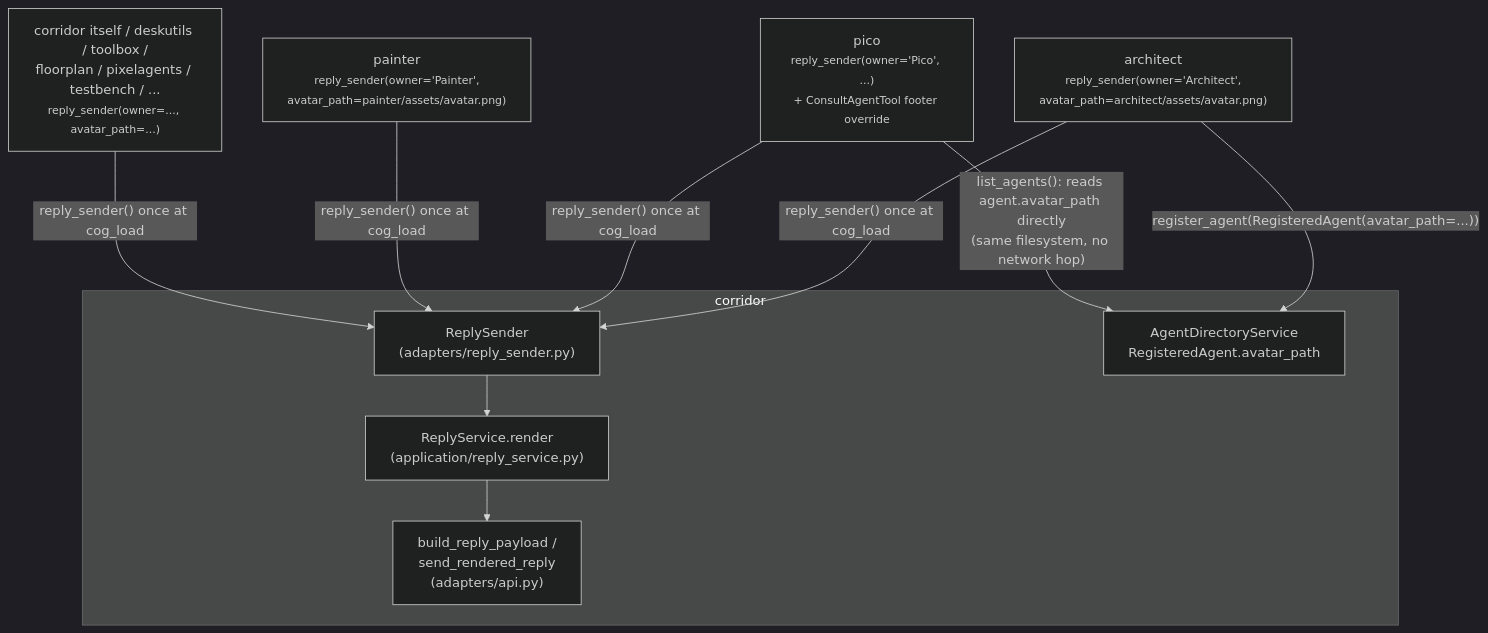
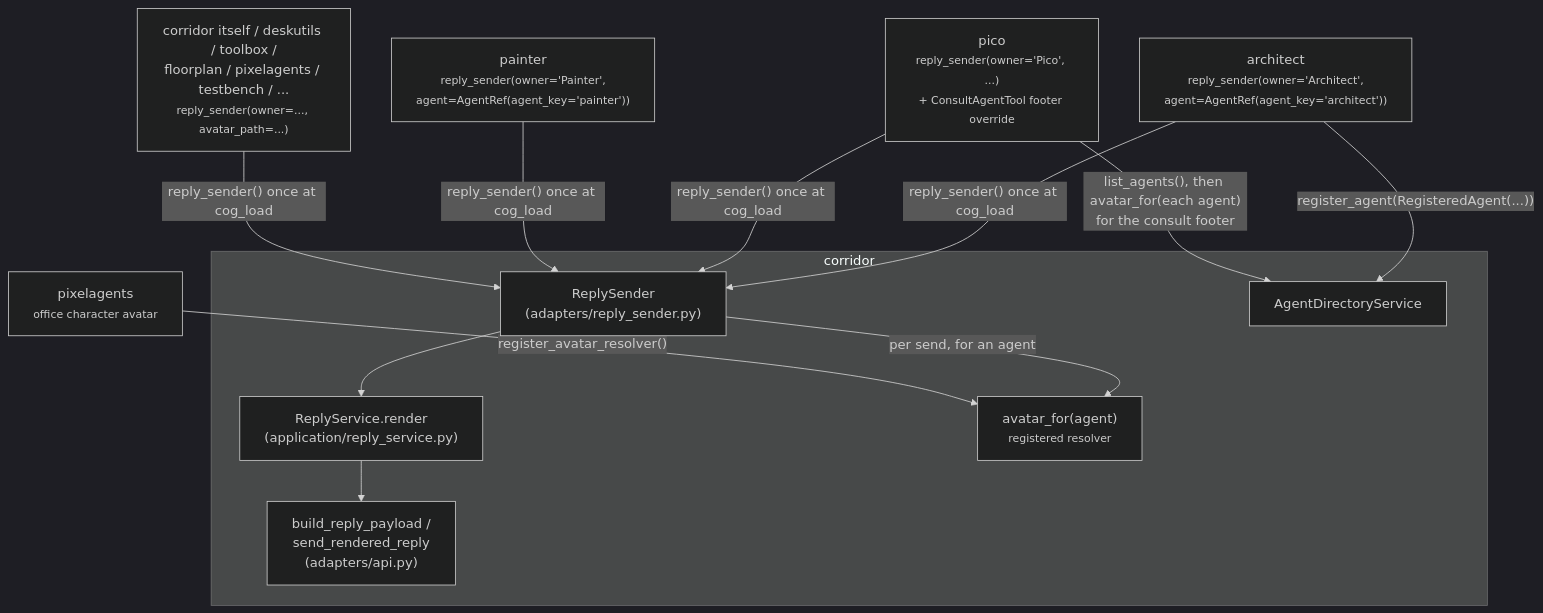
One commit to pixel-agents-hq/pixel-agents-cogs changed the first of 3 diagrams in docs/reply-identity-design.md. Above: the diagram before and after it, drawn with Mermaid (dark theme). The commit also changed other lines of this file and 39 other files, not shown here.

First line of the commit message:
feat: agents wear their pixatar characters in Discord replies; owner sets their seed (#99)

````diff
--- a/docs/reply-identity-design.md
+++ b/docs/reply-identity-design.md
@@ -33,22 +42,25 @@
 ```mermaid
 flowchart TB
-    Arch["architect<br/><small>reply_sender(owner='Architect',<br/>avatar_path=architect/assets/avatar.png)</small>"]
+    Arch["architect<br/><small>reply_sender(owner='Architect',<br/>agent=AgentRef(agent_key='architect'))</small>"]
     Pico["pico<br/><small>reply_sender(owner='Pico', ...)<br/>+ ConsultAgentTool footer override</small>"]
-    Painter["painter<br/><small>reply_sender(owner='Painter',<br/>avatar_path=painter/assets/avatar.png)</small>"]
+    Painter["painter<br/><small>reply_sender(owner='Painter',<br/>agent=AgentRef(agent_key='painter'))</small>"]
     Other["corridor itself / deskutils / toolbox /<br/>floorplan / pixelagents / testbench / ...<br/><small>reply_sender(owner=..., avatar_path=...)</small>"]
 
     subgraph C["corridor"]
         RS["ReplySender<br/>(adapters/reply_sender.py)"]
         RSvc["ReplyService.render<br/>(application/reply_service.py)"]
         API["build_reply_payload /<br/>send_rendered_reply<br/>(adapters/api.py)"]
-        Dir["AgentDirectoryService<br/>RegisteredAgent.avatar_path"]
+        Dir["AgentDirectoryService"]
+        Av["avatar_for(agent)<br/><small>registered resolver</small>"]
     end
 
     Arch -- "reply_sender() once at cog_load" --> RS
     Pico -- "reply_sender() once at cog_load" --> RS
     Painter -- "reply_sender() once at cog_load" --> RS
     Other -- "reply_sender() once at cog_load" --> RS
     RS --> RSvc --> API
-    Arch -- "register_agent(RegisteredAgent(avatar_path=...))" --> Dir
-    Pico -- "list_agents(): reads agent.avatar_path directly<br/>(same filesystem, no network hop)" --> Dir
+    RS -- "per send, for an agent" --> Av
+    PA["pixelagents<br/><small>office character avatar</small>"] -- "register_avatar_resolver()" --> Av
+    Arch -- "register_agent(RegisteredAgent(...))" --> Dir
+    Pico -- "list_agents(), then avatar_for(each agent)<br/>for the consult footer" --> Dir
 ```
````
